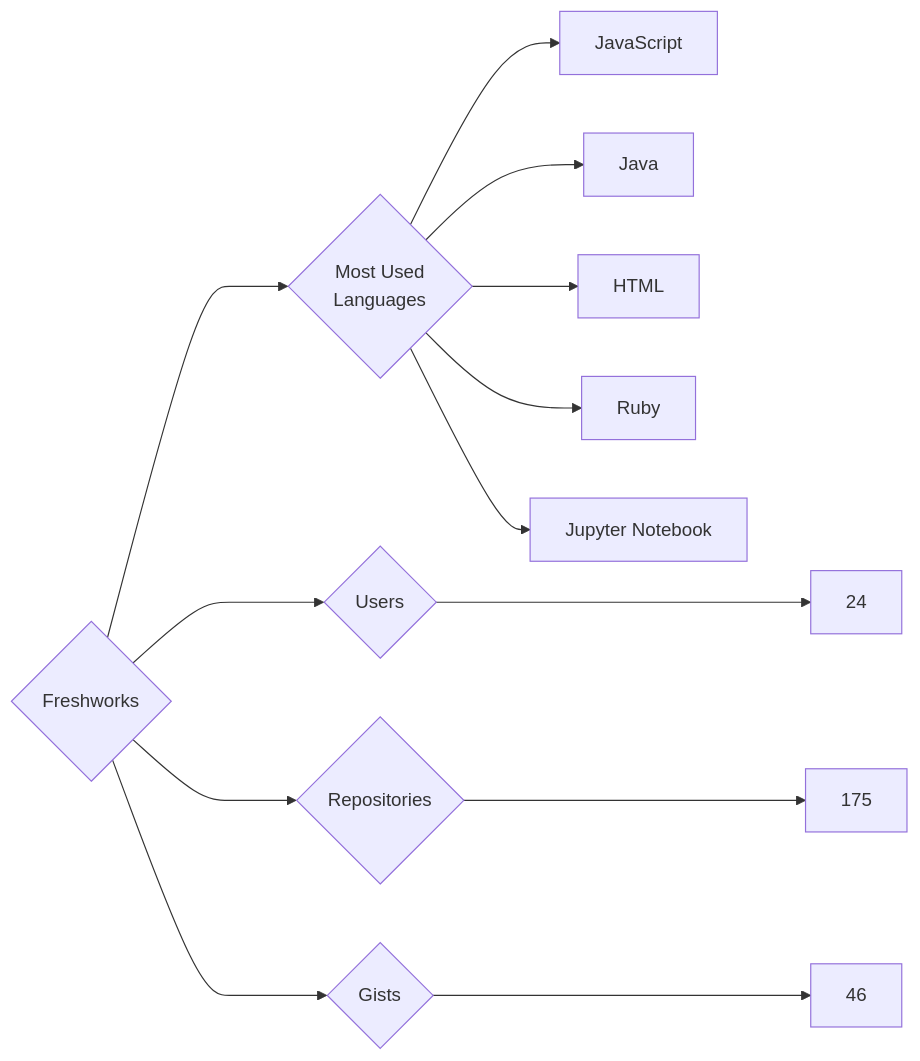
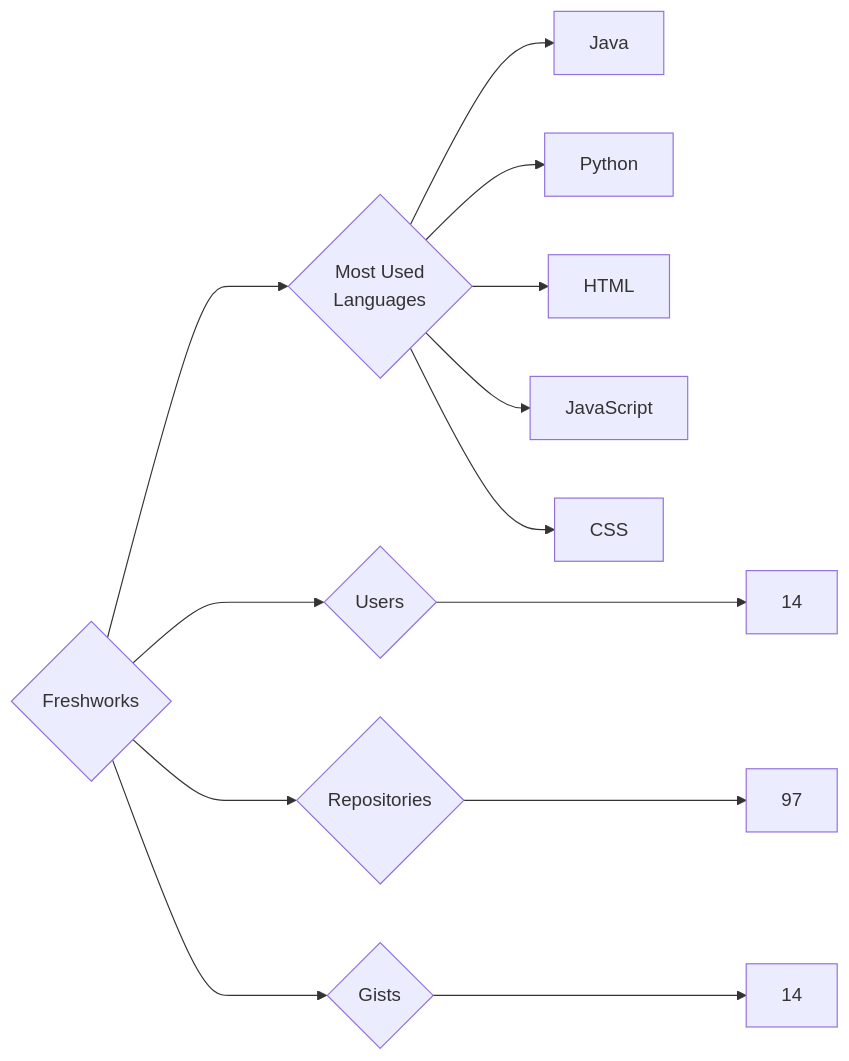
One commit to trickest/insiders changed the diagram in targets/Freshworks/README.md. Above: the diagram before and after it, drawn with Mermaid. The commit also changed 925 other files, not shown here.

````diff
--- a/targets/Freshworks/README.md
+++ b/targets/Freshworks/README.md
@@ -3,13 +3,13 @@
 ```mermaid
 graph LR
 COMPANY_NAME{Freshworks}
-COMPANY_NAME ---> U{Users} ---> UN[24]
-COMPANY_NAME ---> R{Repositories} ---> RN[175]
-COMPANY_NAME ---> G{Gists} ---> GN[46]
+COMPANY_NAME ---> U{Users} ---> UN[14]
+COMPANY_NAME ---> R{Repositories} ---> RN[97]
+COMPANY_NAME ---> G{Gists} ---> GN[14]
 COMPANY_NAME ---> ML{Most Used<br>Languages}
+ML --> Java[Java]
+ML --> Python[Python]
+ML --> HTML[HTML]
 ML --> JavaScript[JavaScript]
-ML --> Java[Java]
-ML --> HTML[HTML]
-ML --> Ruby[Ruby]
-ML --> Jupyter_Notebook[Jupyter Notebook]
+ML --> CSS[CSS]
 ```
````
